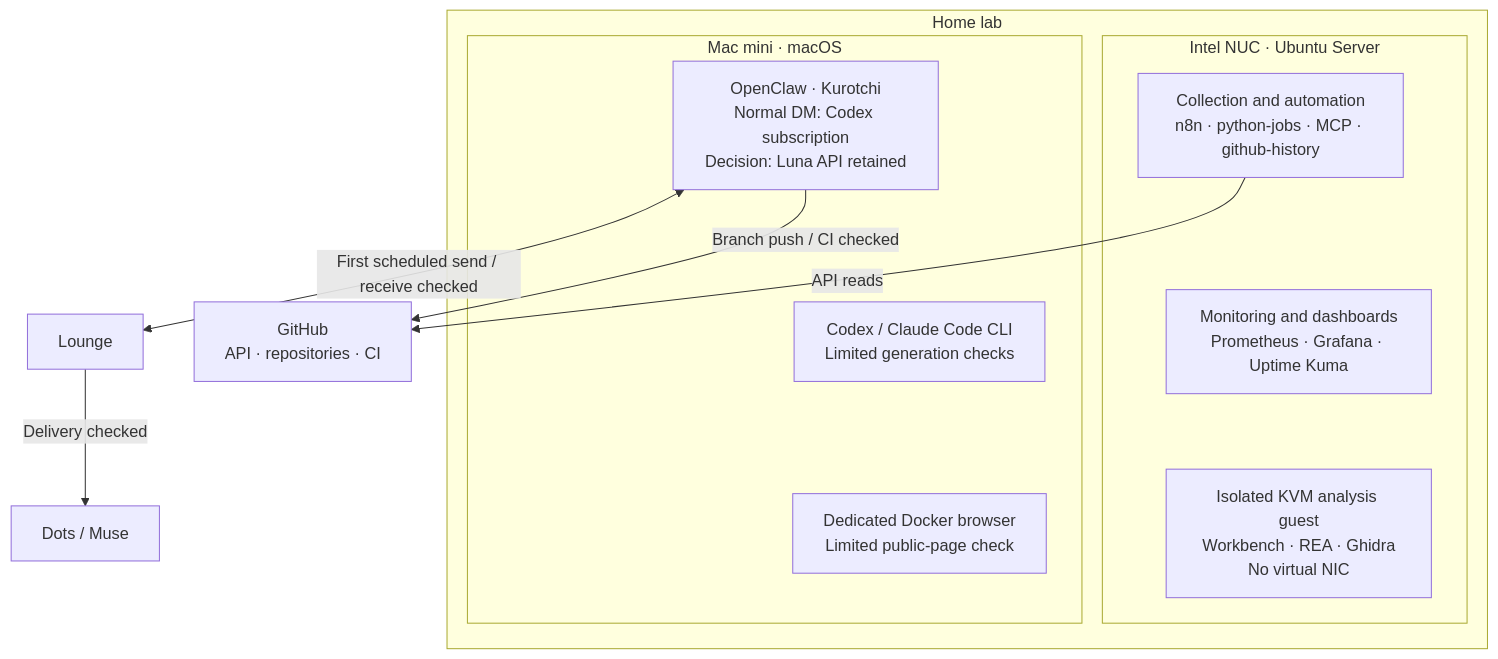
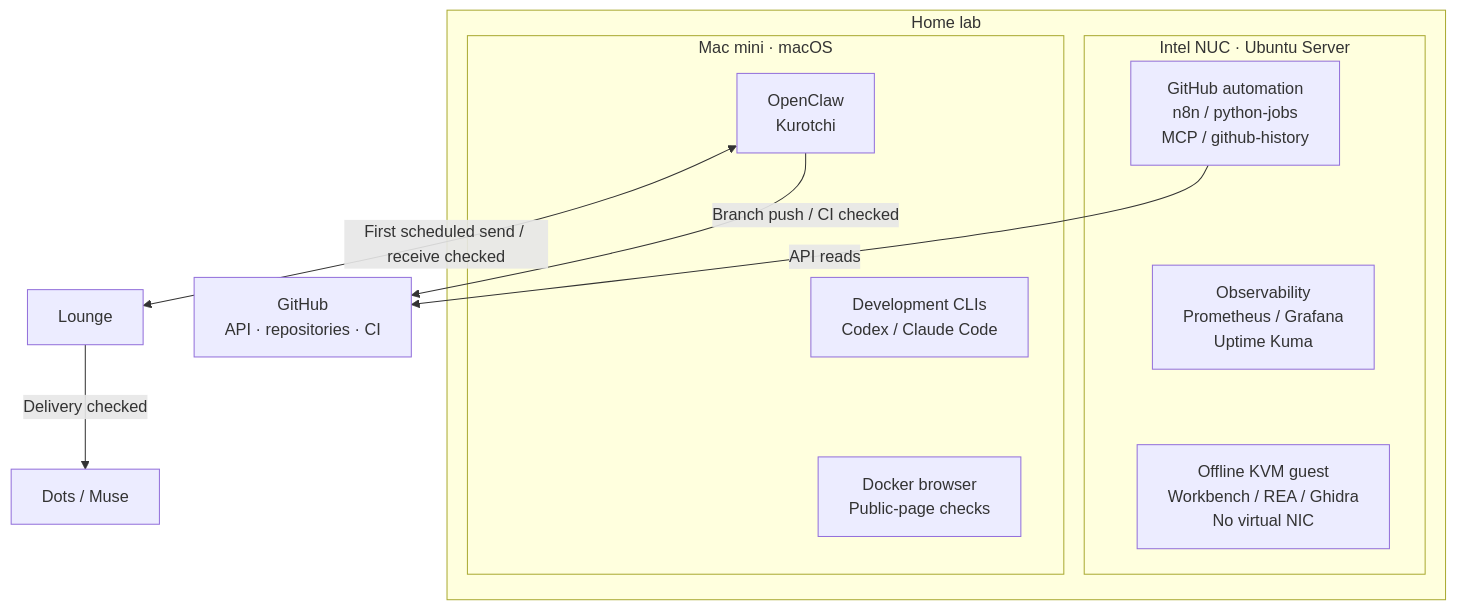
The diagram in README.md (moruku36/home-ai-engineering-lab), drawn with Mermaid before and after one commit. The commit also changed 1 other file, not shown here.

Commit message:
Shorten diagram labels while retaining details in the status table

````diff
--- a/README.md
+++ b/README.md
@@ -21,26 +21,26 @@
 ```mermaid
 flowchart TB
   subgraph LAB["Home lab"]
     subgraph NUC["Intel NUC · Ubuntu Server"]
-      AUTO["Collection and automation<br/>n8n · python-jobs · MCP · github-history"]
-      MON["Monitoring and dashboards<br/>Prometheus · Grafana · Uptime Kuma"]
-      VM["Isolated KVM analysis guest<br/>Workbench · REA · Ghidra<br/>No virtual NIC"]
+      AUTO["GitHub automation<br/>n8n / python-jobs<br/>MCP / github-history"]
+      MON["Observability<br/>Prometheus / Grafana<br/>Uptime Kuma"]
+      VM["Offline KVM guest<br/>Workbench / REA / Ghidra<br/>No virtual NIC"]
       AUTO ~~~ MON
       MON ~~~ VM
     end
     subgraph MAC["Mac mini · macOS"]
-      OC["OpenClaw · Kurotchi<br/>Normal DM: Codex subscription<br/>Decision: Luna API retained"]
-      CLI["Codex / Claude Code CLI<br/>Limited generation checks"]
-      BROWSER["Dedicated Docker browser<br/>Limited public-page check"]
+      OC["OpenClaw<br/>Kurotchi"]
+      CLI["Development CLIs<br/>Codex / Claude Code"]
+      BROWSER["Docker browser<br/>Public-page checks"]
       OC ~~~ CLI
       CLI ~~~ BROWSER
     end
   end
   GH["GitHub<br/>API · repositories · CI"]
   LOUNGE["Lounge"]
   PEERS["Dots / Muse"]
   AUTO -->|"API reads"| GH
   OC -->|"Branch push / CI checked"| GH
   OC <-->|"First scheduled send / receive checked"| LOUNGE
   LOUNGE -->|"Delivery checked"| PEERS
 ```
````
